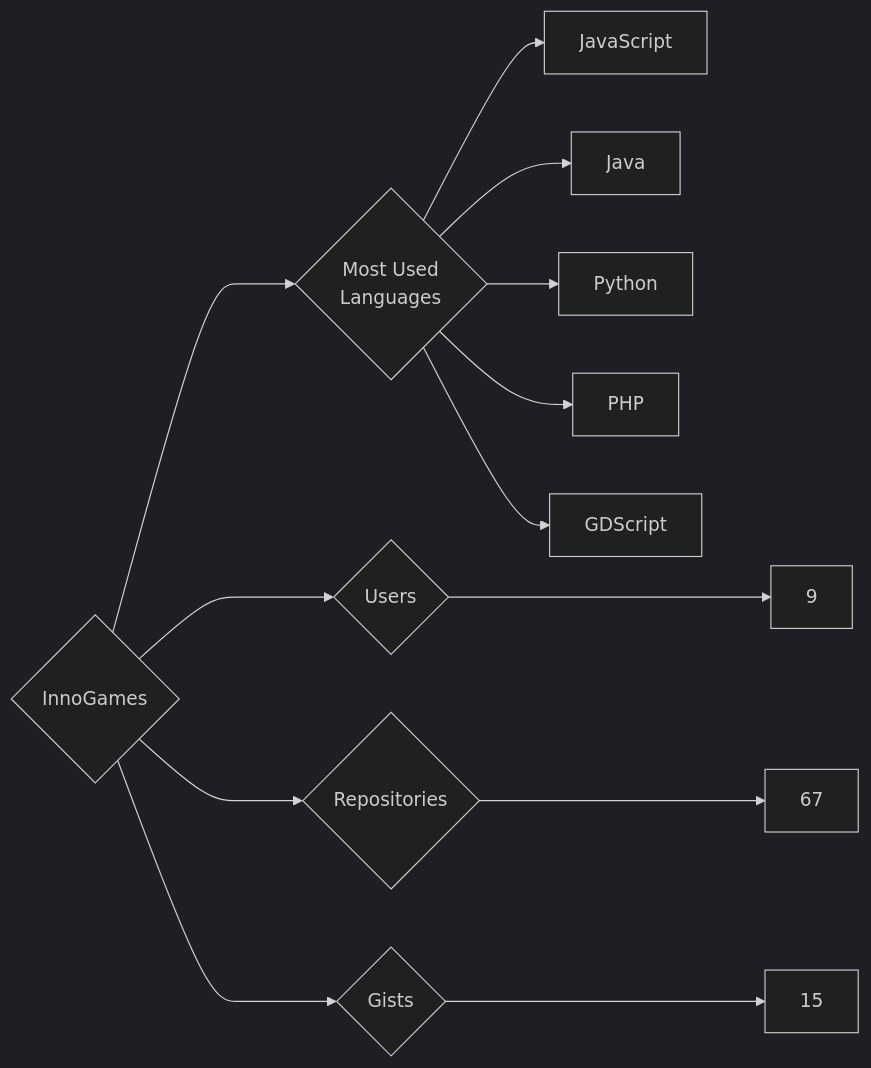
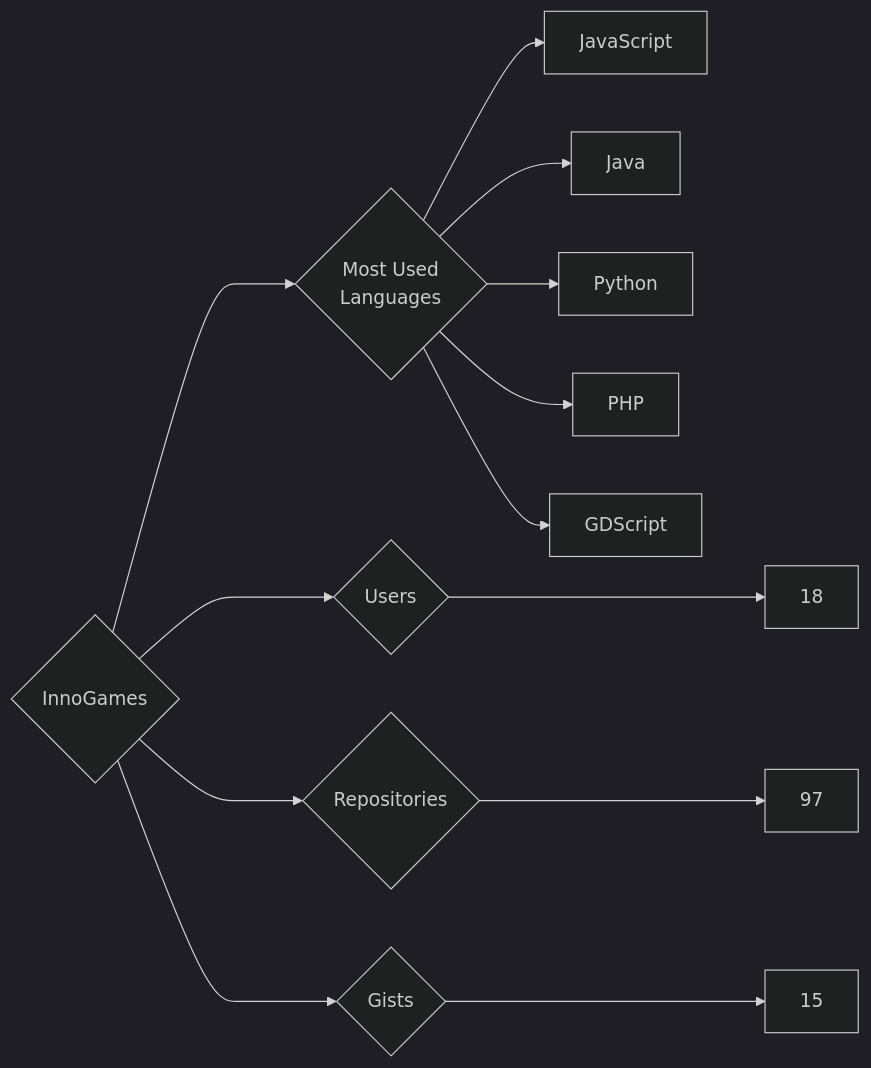
Before and after one commit to trickest/insiders: the diagram in targets/InnoGames/README.md, drawn with Mermaid (dark theme). The commit also changed 1314 other files, not shown here.

````diff
--- a/targets/InnoGames/README.md
+++ b/targets/InnoGames/README.md
@@ -3,13 +3,13 @@
 ```mermaid
 graph LR
 COMPANY_NAME{InnoGames}
-COMPANY_NAME ---> U{Users} ---> UN[9]
-COMPANY_NAME ---> R{Repositories} ---> RN[67]
+COMPANY_NAME ---> U{Users} ---> UN[18]
+COMPANY_NAME ---> R{Repositories} ---> RN[97]
 COMPANY_NAME ---> G{Gists} ---> GN[15]
 COMPANY_NAME ---> ML{Most Used<br>Languages}
 ML --> JavaScript[JavaScript]
 ML --> Java[Java]
 ML --> Python[Python]
 ML --> PHP[PHP]
 ML --> GDScript[GDScript]
 ```
````
